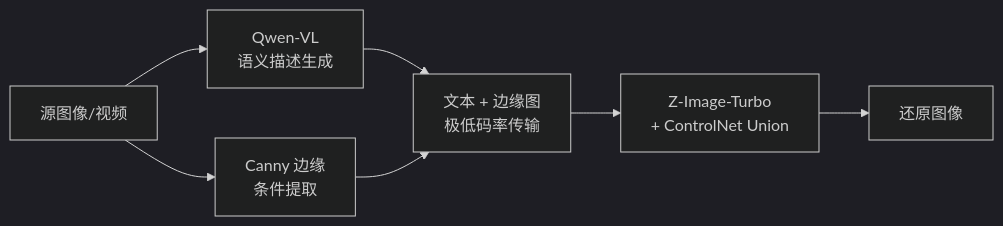
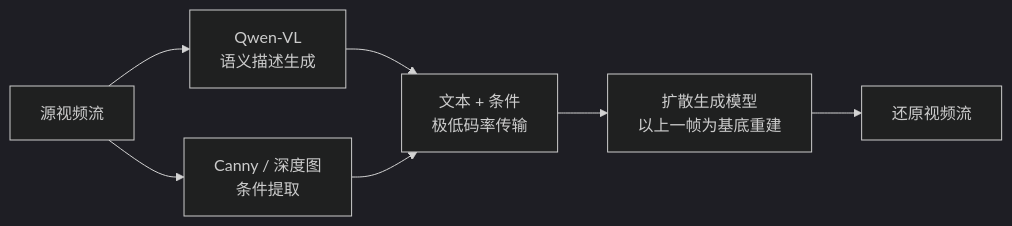
One commit to chy5301/semantic-transmission changed the diagram in docs/project-overview.md. Above: the diagram before and after it, drawn with Mermaid (dark theme). The commit also changed other lines of this file and 7 other files, not shown here.

````diff
--- a/docs/project-overview.md
+++ b/docs/project-overview.md
@@ -11,9 +13,9 @@
 ```mermaid
 graph LR
-    A[源图像/视频] --> B[Qwen-VL<br/>语义描述生成]
-    A --> C[Canny 边缘<br/>条件提取]
-    B --> D[文本 + 边缘图<br/>极低码率传输]
+    A[源视频流] --> B[Qwen-VL<br/>语义描述生成]
+    A --> C[Canny / 深度图<br/>条件提取]
+    B --> D[文本 + 条件<br/>极低码率传输]
     C --> D
-    D --> E[Z-Image-Turbo<br/>+ ControlNet Union]
-    E --> F[还原图像]
+    D --> E[扩散生成模型<br/>以上一帧为基底重建]
+    E --> F[还原视频流]
 ```
````
